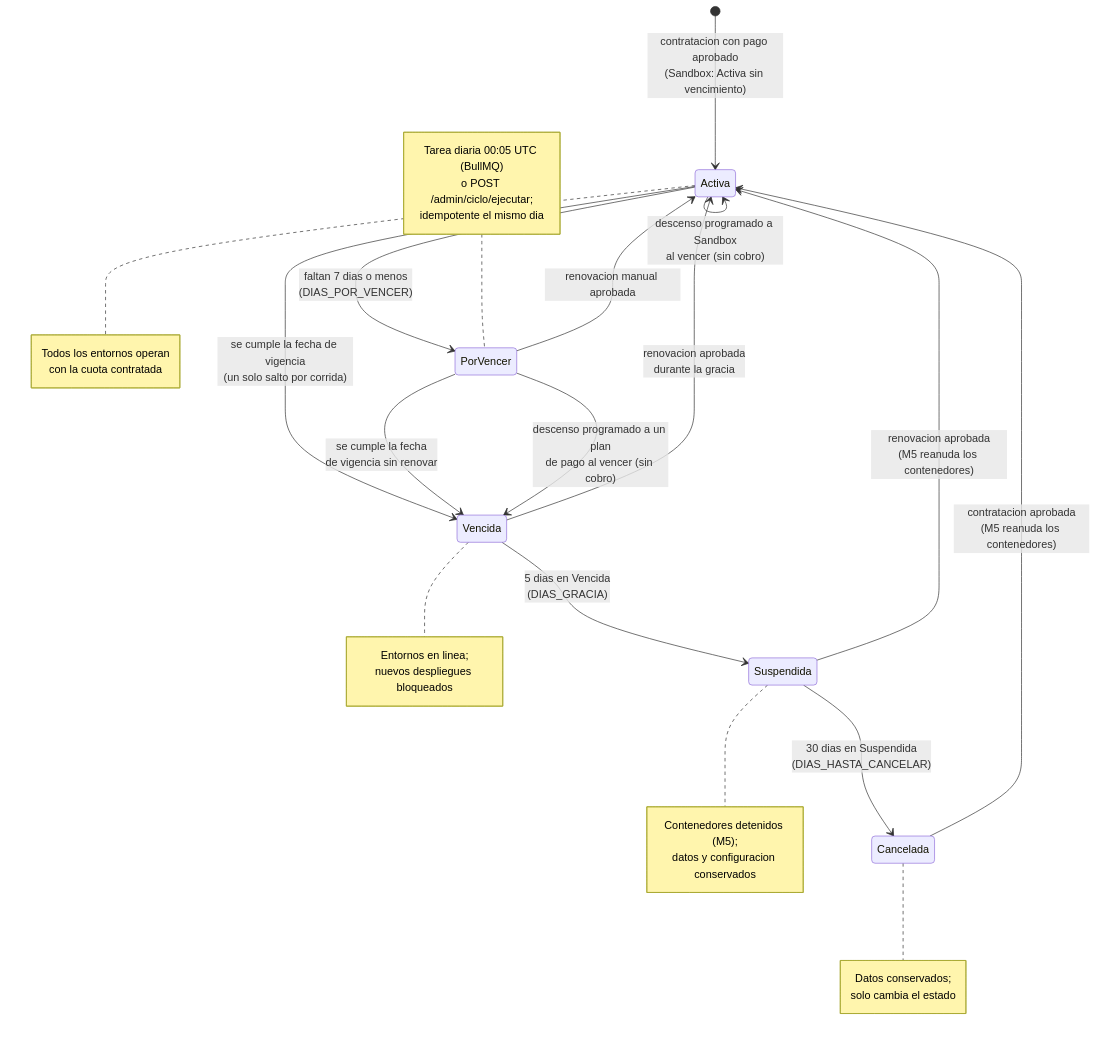
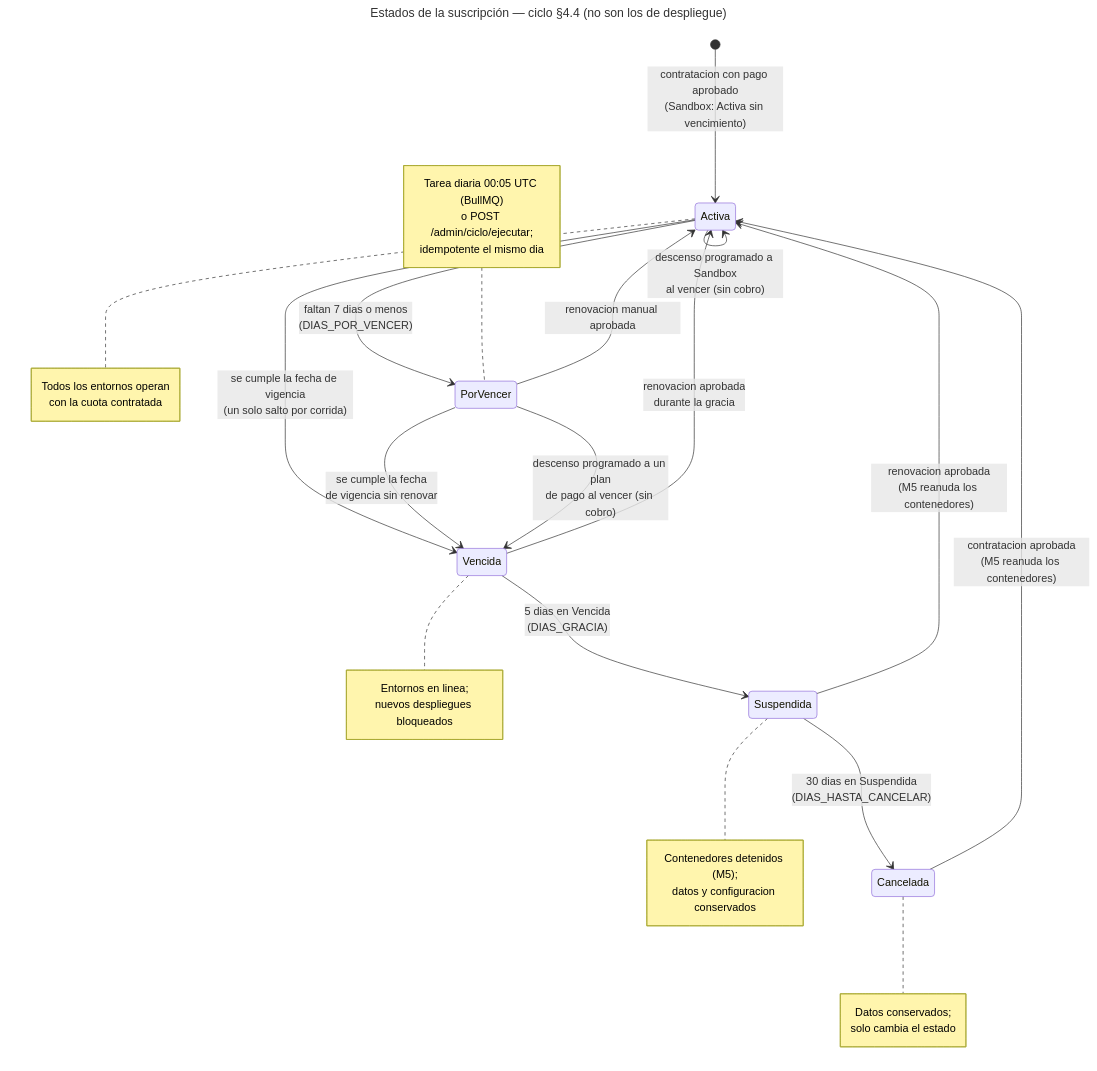
The diagram in docs/diagramas/m1-m10/m2-estados-suscripcion.mmd (derekCmorales/deploya), drawn with Mermaid before and after one commit. The commit also changed 100 other files, not shown here.

```diff
--- a/docs/diagramas/m1-m10/m2-estados-suscripcion.mmd
+++ b/docs/diagramas/m1-m10/m2-estados-suscripcion.mmd
@@ -1,40 +1,43 @@
+---
+title: Estados de la suscripción — ciclo §4.4 (no son los de despliegue)
+---
 stateDiagram-v2
     [*] --> Activa : contratacion con pago aprobado<br/>(Sandbox: Activa sin vencimiento)
 
     Activa --> PorVencer : faltan 7 dias o menos<br/>(DIAS_POR_VENCER)
     Activa --> Vencida : se cumple la fecha de vigencia<br/>(un solo salto por corrida)
     PorVencer --> Activa : renovacion manual aprobada
     PorVencer --> Vencida : se cumple la fecha<br/>de vigencia sin renovar
 
     Activa --> Activa : descenso programado a Sandbox<br/>al vencer (sin cobro)
     PorVencer --> Vencida : descenso programado a un plan<br/>de pago al vencer (sin cobro)
 
     Vencida --> Activa : renovacion aprobada<br/>durante la gracia
     Vencida --> Suspendida : 5 dias en Vencida<br/>(DIAS_GRACIA)
 
     Suspendida --> Activa : renovacion aprobada<br/>(M5 reanuda los contenedores)
     Suspendida --> Cancelada : 30 dias en Suspendida<br/>(DIAS_HASTA_CANCELAR)
 
     Cancelada --> Activa : contratacion aprobada<br/>(M5 reanuda los contenedores)
 
     note right of Activa
         Todos los entornos operan
         con la cuota contratada
     end note
     note right of Vencida
         Entornos en linea;
         nuevos despliegues bloqueados
     end note
     note right of Suspendida
         Contenedores detenidos (M5);
         datos y configuracion conservados
     end note
     note right of Cancelada
         Datos conservados;
         solo cambia el estado
     end note
     note left of PorVencer
         Tarea diaria 00:05 UTC (BullMQ)
         o POST /admin/ciclo/ejecutar;
         idempotente el mismo dia
     end note
```
